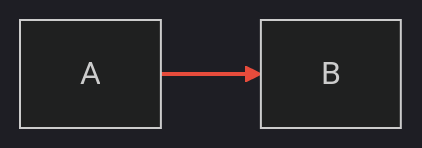
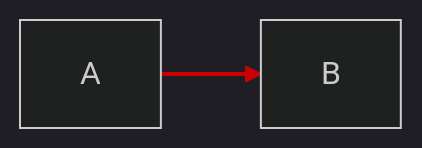
The diagram in .claude/rules/visualization-diagrams.md (JohnGavin/llm), drawn with Mermaid before and after one commit. The commit also changed other lines of this file and 25 other files, not shown here.

````diff
--- a/.claude/rules/visualization-diagrams.md
+++ b/.claude/rules/visualization-diagrams.md
@@ -132,6 +139,6 @@
 ```mermaid
 %%{init: {'theme': 'dark'}}%%
 graph LR
   A --> B
-  linkStyle default stroke:#e74c3c,stroke-width:2px
+  linkStyle default stroke:#CC0000,stroke-width:2px
 ```
````
